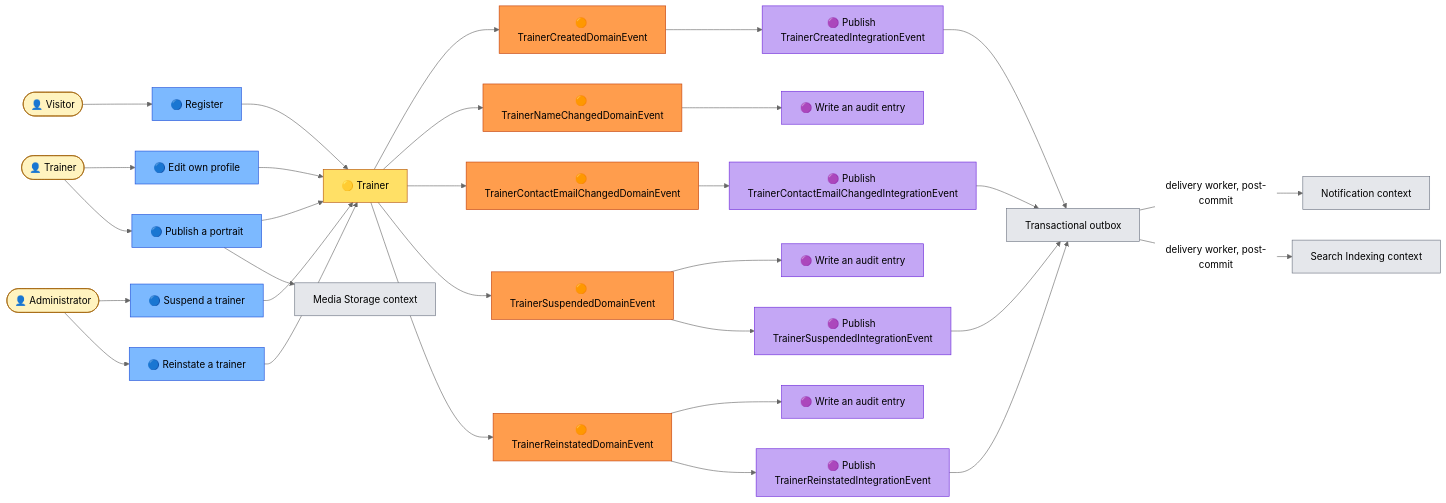
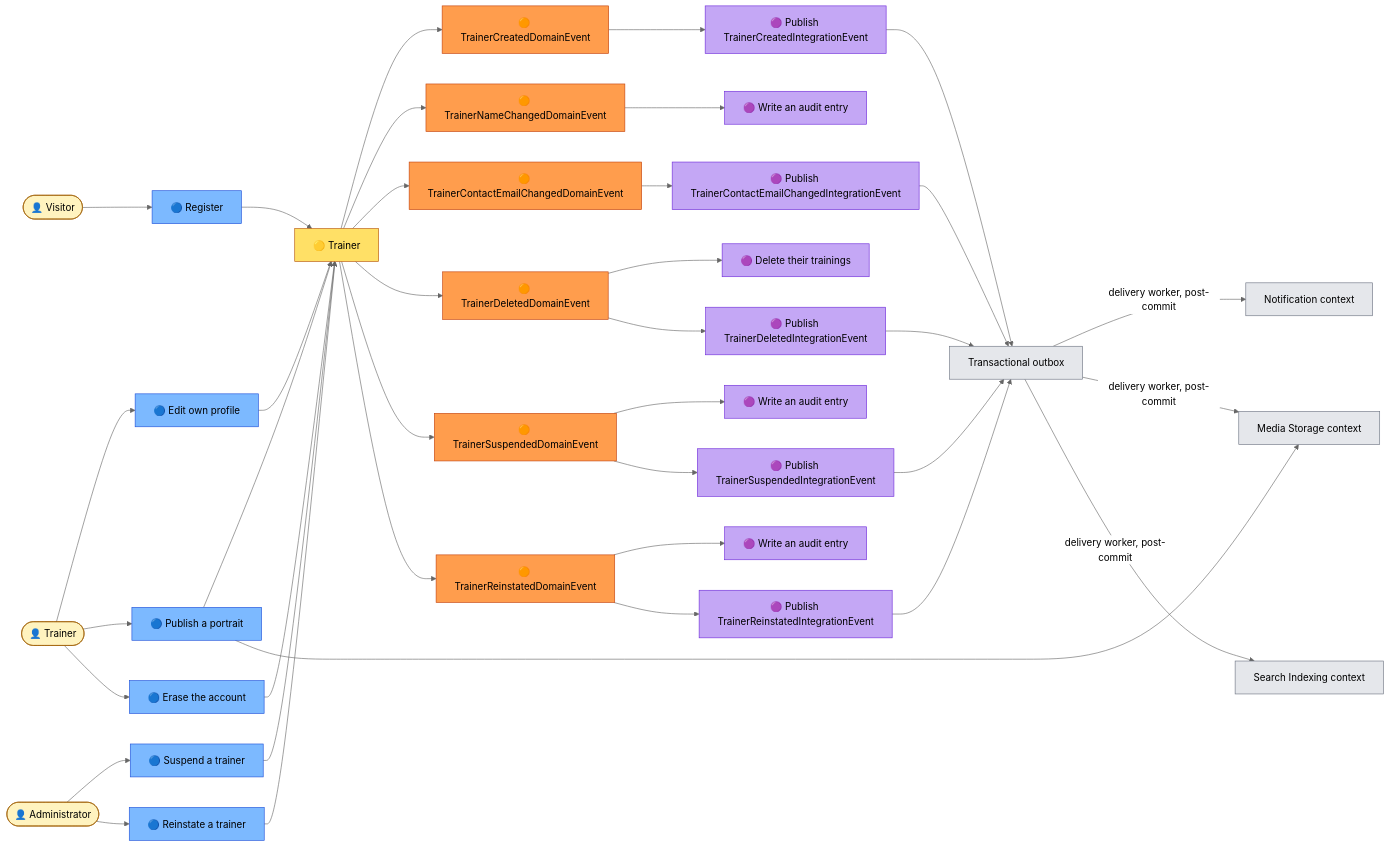
The first of 2 diagrams in docs/strategic-design/event-storming.md (maxime-poulain/BLRefactoring), drawn with Mermaid (neutral theme) before and after one commit. The commit also changed other lines of this file and 149 other files, not shown here.

First line of the commit message:
Let the account erase itself, and pin naming and dispatch conventions (#136)

````diff
--- a/docs/strategic-design/event-storming.md
+++ b/docs/strategic-design/event-storming.md
@@ -36,49 +36,57 @@
 ```mermaid
 flowchart LR
     A1(["👤 Visitor"]) --> C1["🔵 Register"]
     C1 --> AG1["🟡 Trainer"]
     AG1 --> E1["🟠 TrainerCreatedDomainEvent"]
     E1 --> P1["🟣 Publish TrainerCreatedIntegrationEvent"]
     P1 --> OB["Transactional outbox"]
     OB -->|"delivery worker, post-commit"| X1["Notification context"]
 
     A2(["👤 Trainer"]) --> C2["🔵 Edit own profile"]
     C2 --> AG1
     AG1 --> E2["🟠 TrainerNameChangedDomainEvent"]
     AG1 --> E3["🟠 TrainerContactEmailChangedDomainEvent"]
     E2 --> P2["🟣 Write an audit entry"]
     E3 --> P3["🟣 Publish TrainerContactEmailChangedIntegrationEvent"]
     P3 --> OB
 
     A2 --> C3["🔵 Publish a portrait"]
     C3 --> AG1
     C3 --> X2["Media Storage context"]
+
+    A2 --> C6["🔵 Erase the account"]
+    C6 --> AG1
+    AG1 --> E6["🟠 TrainerDeletedDomainEvent"]
+    E6 --> P8["🟣 Delete their trainings"]
+    E6 --> P9["🟣 Publish TrainerDeletedIntegrationEvent"]
+    P9 --> OB
+    OB -->|"delivery worker, post-commit"| X2
 
     A3(["👤 Administrator"]) --> C4["🔵 Suspend a trainer"]
     A3 --> C5["🔵 Reinstate a trainer"]
     C4 --> AG1
     C5 --> AG1
     AG1 --> E4["🟠 TrainerSuspendedDomainEvent"]
     AG1 --> E5["🟠 TrainerReinstatedDomainEvent"]
     E4 --> P4["🟣 Write an audit entry"]
     E5 --> P5["🟣 Write an audit entry"]
     E4 --> P6["🟣 Publish TrainerSuspendedIntegrationEvent"]
     E5 --> P7["🟣 Publish TrainerReinstatedIntegrationEvent"]
     P6 --> OB
     P7 --> OB
     OB -->|"delivery worker, post-commit"| X3["Search Indexing context"]
 
     classDef event fill:#ff9d4d,stroke:#c2410c,color:#000
     classDef command fill:#7cb9ff,stroke:#1d4ed8,color:#000
     classDef aggregate fill:#ffe066,stroke:#b45309,color:#000
     classDef policy fill:#c4a7f5,stroke:#6d28d9,color:#000
     classDef actor fill:#fff3bf,stroke:#a16207,color:#000
     classDef external fill:#e5e7eb,stroke:#6b7280,color:#000
 
-    class E1,E2,E3,E4,E5 event
-    class C1,C2,C3,C4,C5 command
+    class E1,E2,E3,E4,E5,E6 event
+    class C1,C2,C3,C4,C5,C6 command
     class AG1 aggregate
-    class P1,P2,P3,P4,P5,P6,P7 policy
+    class P1,P2,P3,P4,P5,P6,P7,P8,P9 policy
     class A1,A2,A3 actor
     class X1,X2,X3,OB external
 ```
````
